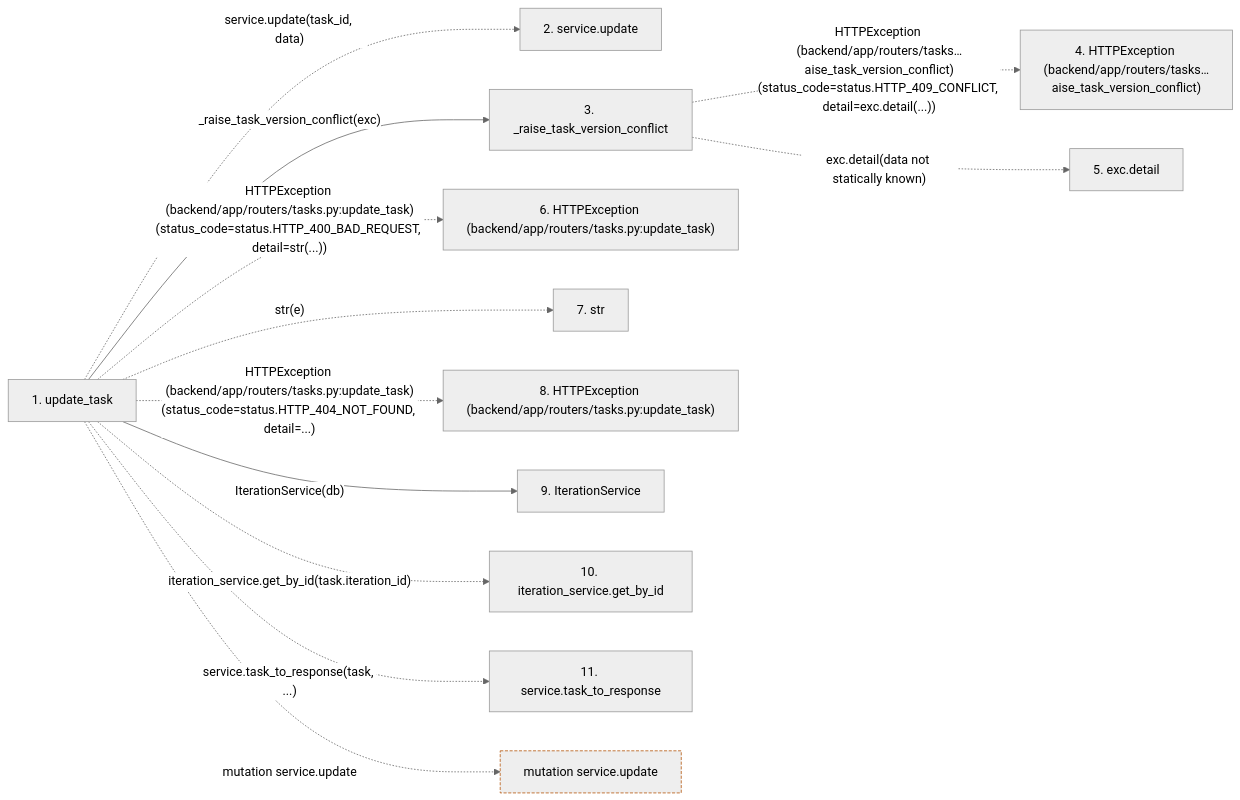
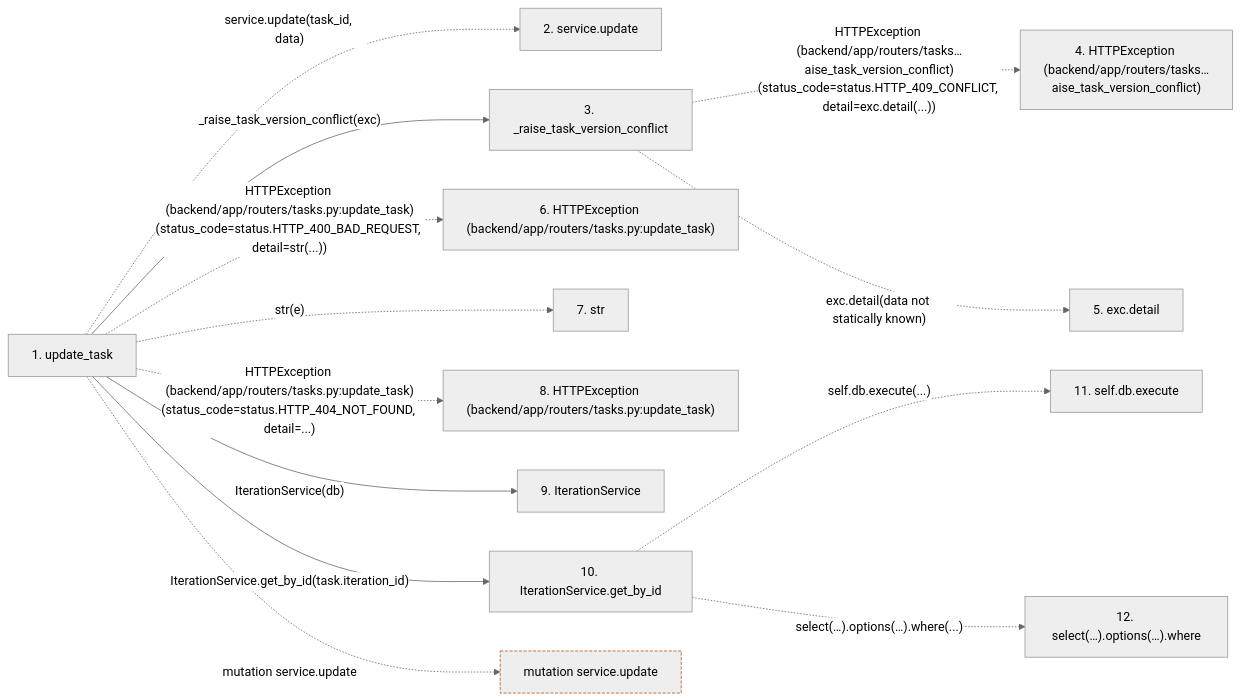
The second of 2 diagrams in docs/llm_wiki/flows/http-update_task.md (Denissvgn/WorkChord), drawn with Mermaid (neutral theme) before and after one commit. The commit also changed other lines of this file and 25171 other files, not shown here.

````diff
--- a/docs/llm_wiki/flows/http-update_task.md
+++ b/docs/llm_wiki/flows/http-update_task.md
@@ -37,31 +84,34 @@
 ```mermaid
 flowchart LR
     s1["1. update_task"]
     s2["2. service.update"]
     s3["3. _raise_task_version_conflict"]
     s4["4. HTTPException (backend/app/routers/tasks…aise_task_version_conflict)"]
     s5["5. exc.detail"]
     s6["6. HTTPException (backend/app/routers/tasks.py:update_task)"]
     s7["7. str"]
     s8["8. HTTPException (backend/app/routers/tasks.py:update_task)"]
     s9["9. IterationService"]
-    s10["10. iteration_service.get_by_id"]
-    s11["11. service.task_to_response"]
+    s10["10. IterationService.get_by_id"]
+    s11["11. self.db.execute"]
+    s12["12. select(…).options(…).where"]
     s1 -. "service.update(task_id, data)" .-> s2
     s1 -->|"_raise_task_version_conflict(exc)"| s3
     s3 -. "HTTPException (backend/app/routers/tasks…aise_task_version_conflict)(status_code=status.HTTP_409_CONFLICT, detail=exc.detail(...))" .-> s4
     s3 -. "exc.detail(data not statically known)" .-> s5
     s1 -. "HTTPException (backend/app/routers/tasks.py:update_task)(status_code=status.HTTP_400_BAD_REQUEST, detail=str(...))" .-> s6
     s1 -. "str(e)" .-> s7
     s1 -. "HTTPException (backend/app/routers/tasks.py:update_task)(status_code=status.HTTP_404_NOT_FOUND, detail=...)" .-> s8
     s1 -->|"IterationService(db)"| s9
-    s1 -. "iteration_service.get_by_id(task.iteration_id)" .-> s10
-    s1 -. "service.task_to_response(task, ...)" .-> s11
+    s1 -->|"IterationService.get_by_id(task.iteration_id)"| s10
+    s10 -. "self.db.execute(...)" .-> s11
+    s10 -. "select(…).options(…).where(...)" .-> s12
     b0["mutation service.update"]
     s1 -. "mutation service.update" .-> b0
     click s1 "../modules/tasks.md"
     click s3 "../modules/tasks.md"
     click s9 "../modules/iteration_service.md"
+    click s10 "../modules/iteration_service.md"
     classDef boundary stroke:#b45309,stroke-dasharray: 4 2
     class b0 boundary
 ```
````
